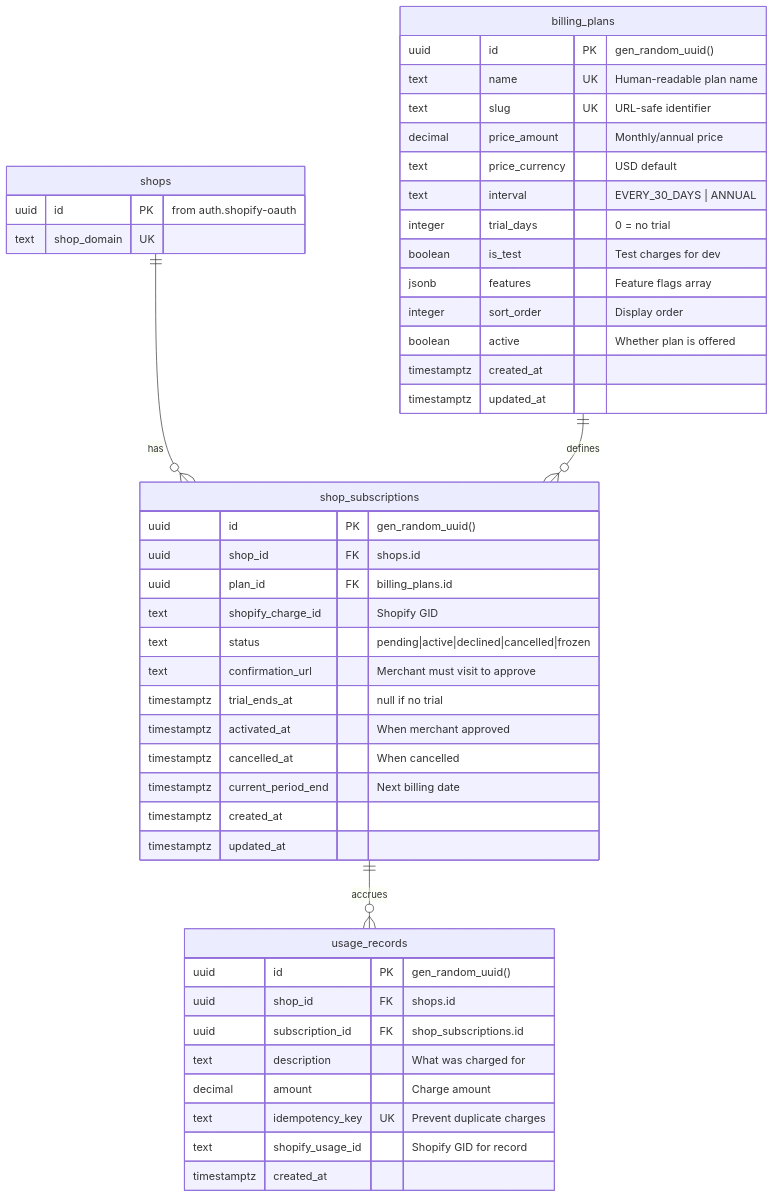
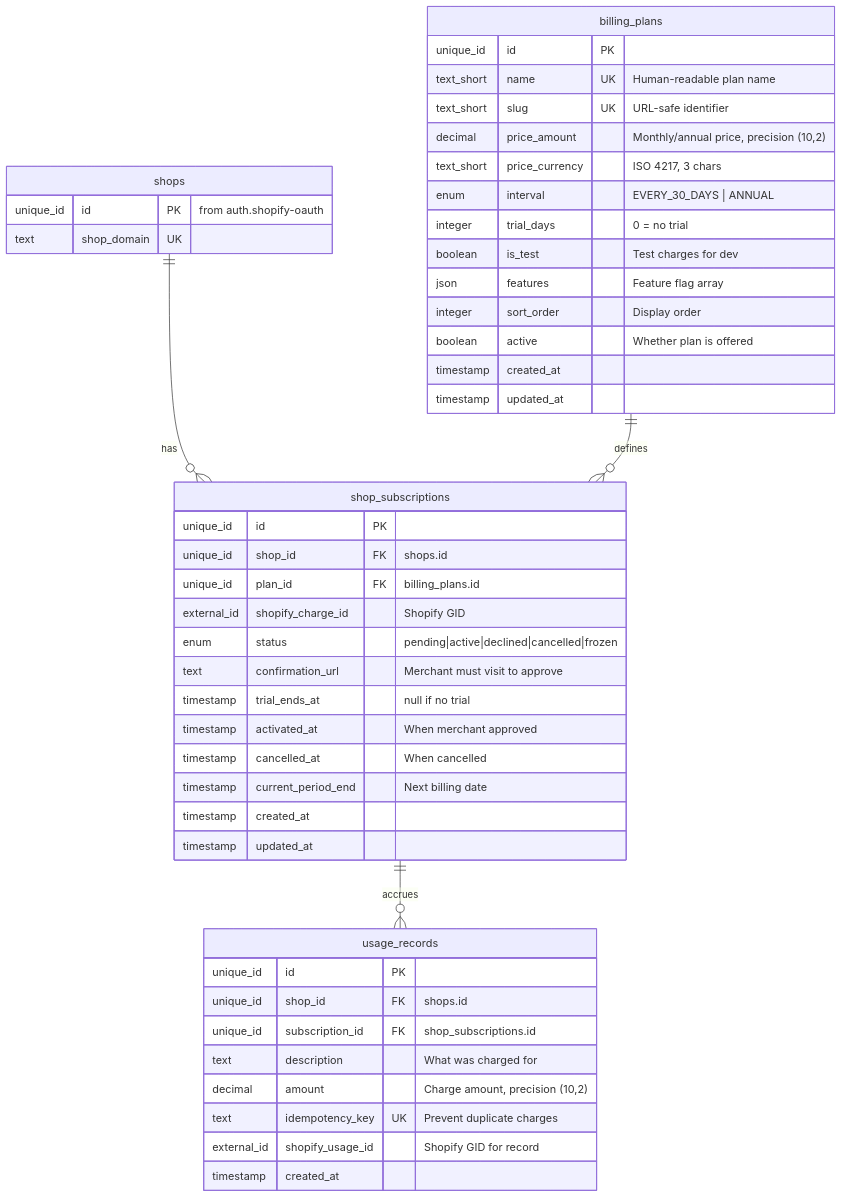
One commit to nguyenvanduocit/primitive-blocks-specs changed the first of 7 diagrams in billing/shopify-charges/README.md. Above: the diagram before and after it, drawn with Mermaid. The commit also changed other lines of this file and 28 other files, not shown here.

````diff
--- a/billing/shopify-charges/README.md
+++ b/billing/shopify-charges/README.md
@@ -57,53 +59,53 @@
 ```mermaid
 erDiagram
     shops {
-        uuid id PK "from auth.shopify-oauth"
+        unique_id id PK "from auth.shopify-oauth"
         text shop_domain UK
     }
 
     billing_plans {
-        uuid id PK "gen_random_uuid()"
-        text name UK "Human-readable plan name"
-        text slug UK "URL-safe identifier"
-        decimal price_amount "Monthly/annual price"
-        text price_currency "USD default"
-        text interval "EVERY_30_DAYS | ANNUAL"
+        unique_id id PK
+        text_short name UK "Human-readable plan name"
+        text_short slug UK "URL-safe identifier"
+        decimal price_amount "Monthly/annual price, precision (10,2)"
+        text_short price_currency "ISO 4217, 3 chars"
+        enum interval "EVERY_30_DAYS | ANNUAL"
         integer trial_days "0 = no trial"
         boolean is_test "Test charges for dev"
-        jsonb features "Feature flags array"
+        json features "Feature flag array"
         integer sort_order "Display order"
         boolean active "Whether plan is offered"
-        timestamptz created_at
-        timestamptz updated_at
+        timestamp created_at
+        timestamp updated_at
     }
 
     shop_subscriptions {
-        uuid id PK "gen_random_uuid()"
-        uuid shop_id FK "shops.id"
-        uuid plan_id FK "billing_plans.id"
-        text shopify_charge_id "Shopify GID"
-        text status "pending|active|declined|cancelled|frozen"
+        unique_id id PK
+        unique_id shop_id FK "shops.id"
+        unique_id plan_id FK "billing_plans.id"
+        external_id shopify_charge_id "Shopify GID"
+        enum status "pending|active|declined|cancelled|frozen"
         text confirmation_url "Merchant must visit to approve"
-        timestamptz trial_ends_at "null if no trial"
-        timestamptz activated_at "When merchant approved"
-        timestamptz cancelled_at "When cancelled"
-        timestamptz current_period_end "Next billing date"
-        timestamptz created_at
-        timestamptz updated_at
+        timestamp trial_ends_at "null if no trial"
+        timestamp activated_at "When merchant approved"
+        timestamp cancelled_at "When cancelled"
+        timestamp current_period_end "Next billing date"
+        timestamp created_at
+        timestamp updated_at
     }
 
     usage_records {
-        uuid id PK "gen_random_uuid()"
-        uuid shop_id FK "shops.id"
-        uuid subscription_id FK "shop_subscriptions.id"
+        unique_id id PK
+        unique_id shop_id FK "shops.id"
+        unique_id subscription_id FK "shop_subscriptions.id"
         text description "What was charged for"
-        decimal amount "Charge amount"
+        decimal amount "Charge amount, precision (10,2)"
         text idempotency_key UK "Prevent duplicate charges"
-        text shopify_usage_id "Shopify GID for record"
-        timestamptz created_at
+        external_id shopify_usage_id "Shopify GID for record"
+        timestamp created_at
     }
 
     shops ||--o{ shop_subscriptions : "has"
     billing_plans ||--o{ shop_subscriptions : "defines"
     shop_subscriptions ||--o{ usage_records : "accrues"
 ```
````
